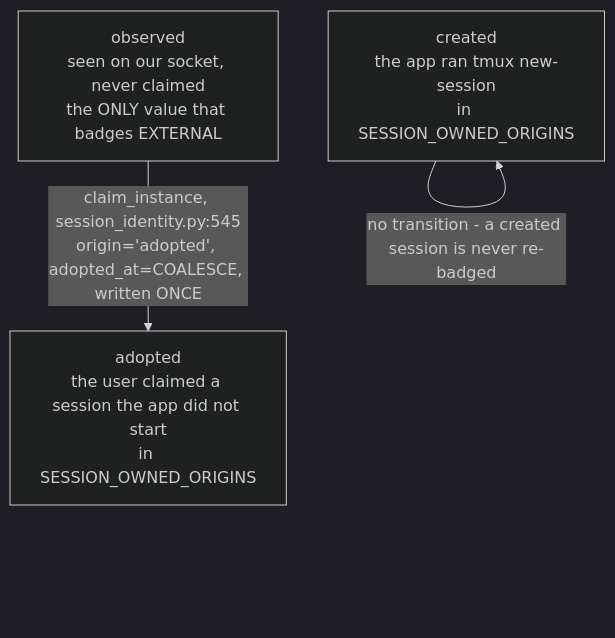
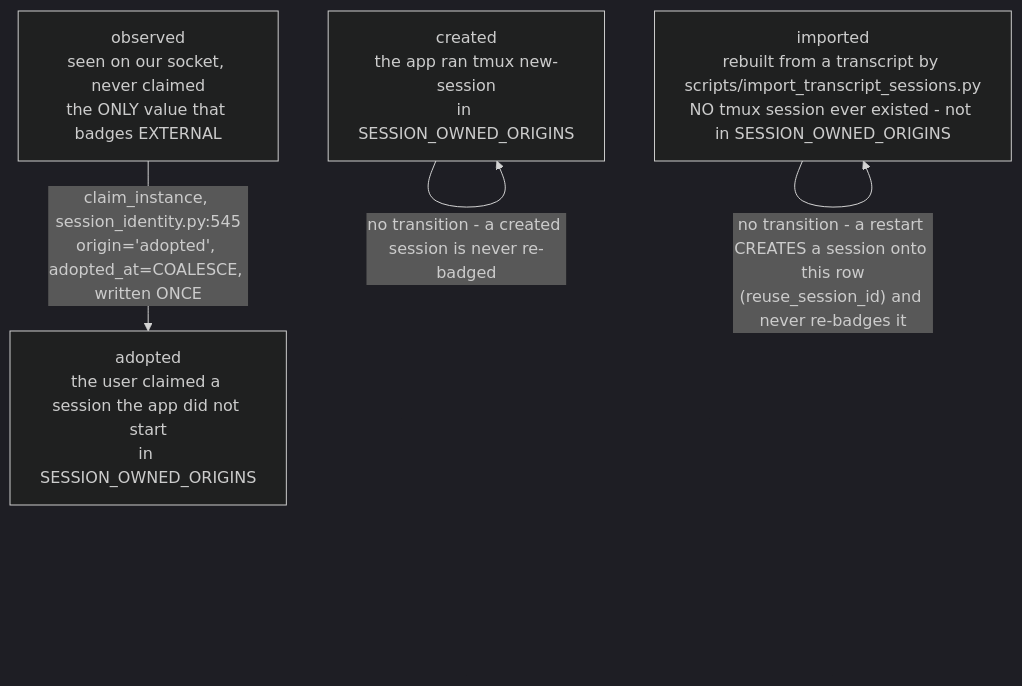
The seventh of 12 diagrams in docs/session-status-model.md (ccsliinc/CloudeCode), drawn with Mermaid (dark theme) before and after one commit. The commit also changed other lines of this file and 2 other files, not shown here.

First line of the commit message:
docs(sessions): let the two drift charts see the imported origin

````diff
--- a/docs/session-status-model.md
+++ b/docs/session-status-model.md
@@ -208,8 +208,10 @@
 ```mermaid
 flowchart TD
     O["observed<br/>seen on our socket, never claimed<br/>the ONLY value that badges EXTERNAL"]
     C["created<br/>the app ran tmux new-session<br/>in SESSION_OWNED_ORIGINS"]
     A["adopted<br/>the user claimed a session the app did not start<br/>in SESSION_OWNED_ORIGINS"]
+    I["imported<br/>rebuilt from a transcript by scripts/import_transcript_sessions.py<br/>NO tmux session ever existed - not in SESSION_OWNED_ORIGINS"]
     O -->|"claim_instance, session_identity.py:545<br/>origin='adopted', adopted_at=COALESCE, written ONCE"| A
     C -->|"no transition - a created session is never re-badged"| C
+    I -->|"no transition - a restart CREATES a session onto this row<br/>(reuse_session_id) and never re-badges it"| I
 ```
````
